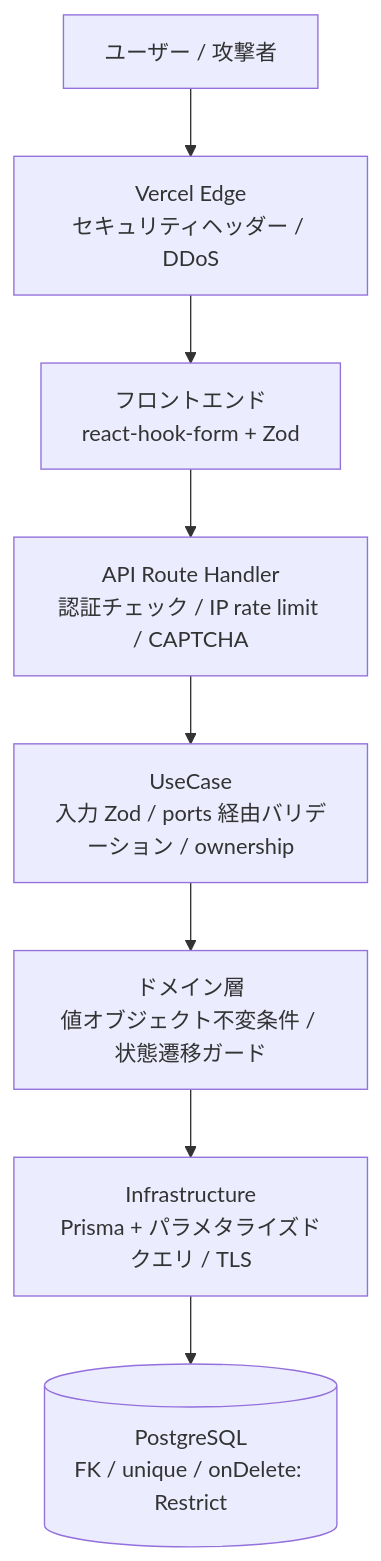
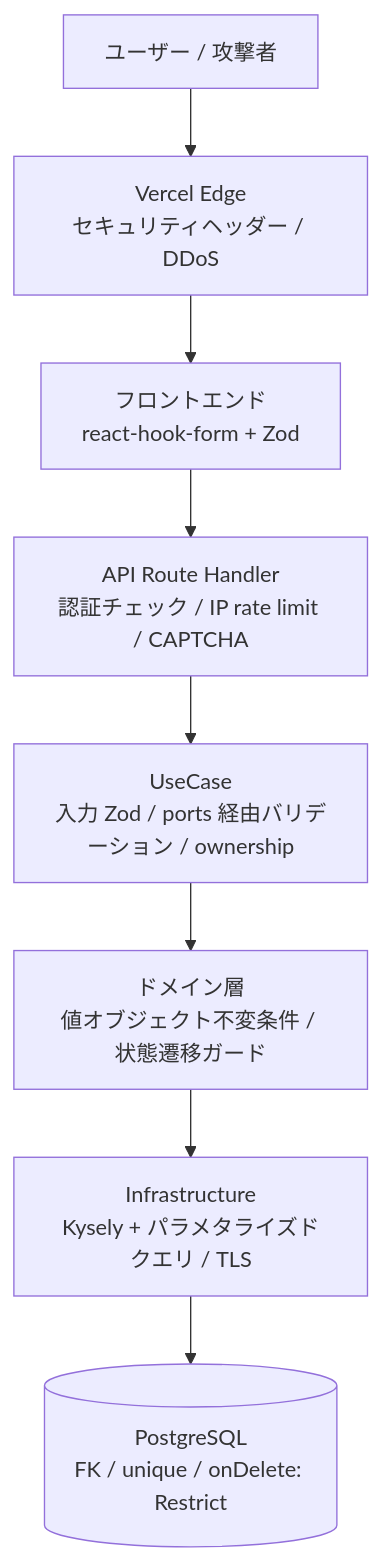
Before and after one commit to Physicalfunding/PhysiFun: the second of 2 diagrams in docs/specs/04_security-design.md, drawn with Mermaid. The commit also changed other lines of this file and 27 other files, not shown here.

````diff
--- a/docs/specs/04_security-design.md
+++ b/docs/specs/04_security-design.md
@@ -185,10 +185,10 @@
 ```mermaid
 flowchart TD
     User[ユーザー / 攻撃者] --> Edge[Vercel Edge<br/>セキュリティヘッダー / DDoS]
     Edge --> Front[フロントエンド<br/>react-hook-form + Zod]
     Front --> API[API Route Handler<br/>認証チェック / IP rate limit / CAPTCHA]
     API --> UC[UseCase<br/>入力 Zod / ports 経由バリデーション / ownership]
     UC --> Domain[ドメイン層<br/>値オブジェクト不変条件 / 状態遷移ガード]
-    Domain --> Infra[Infrastructure<br/>Prisma + パラメタライズドクエリ / TLS]
+    Domain --> Infra[Infrastructure<br/>Kysely + パラメタライズドクエリ / TLS]
     Infra --> DB[(PostgreSQL<br/>FK / unique / onDelete: Restrict)]
 ```
````
